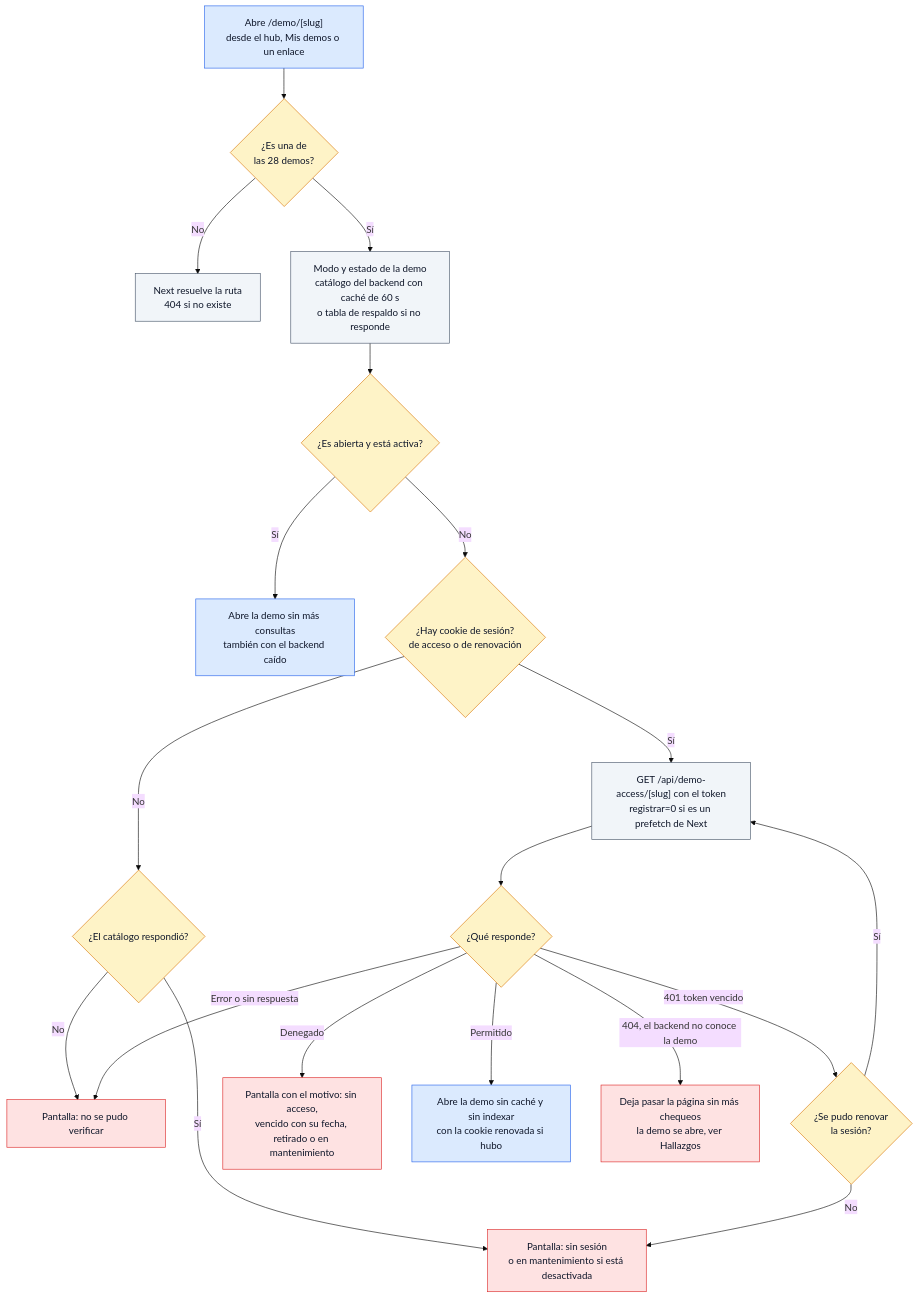
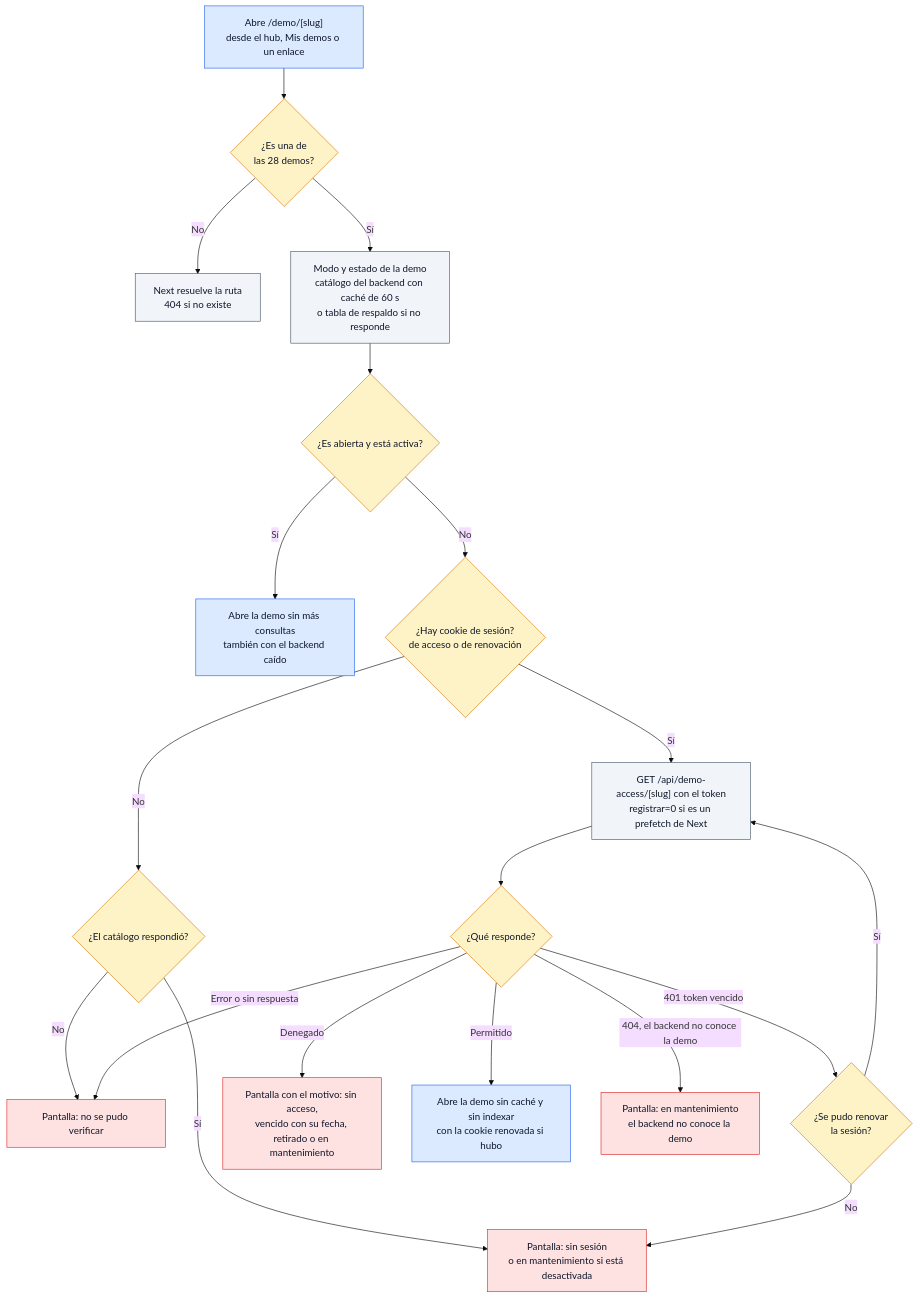
One commit to ronalc90/koptup changed the tenth of 18 diagrams in docs/wiki/Doc-14-1-Flujos-de-Negocio.md. Above: the diagram before and after it, drawn with Mermaid (base theme). The commit also changed other lines of this file and 116 other files, not shown here.

````diff
--- a/docs/wiki/Doc-14-1-Flujos-de-Negocio.md
+++ b/docs/wiki/Doc-14-1-Flujos-de-Negocio.md
@@ -581,44 +581,44 @@
 ```mermaid
 flowchart TD
     classDef visitante fill:#dbeafe,stroke:#2563eb,color:#0f172a
     classDef sistema fill:#f1f5f9,stroke:#475569,color:#0f172a
     classDef admin fill:#f3e8ff,stroke:#9333ea,color:#0f172a
     classDef aviso fill:#dcfce7,stroke:#16a34a,color:#0f172a
     classDef decision fill:#fef3c7,stroke:#d97706,color:#0f172a
     classDef error fill:#fee2e2,stroke:#dc2626,color:#0f172a
     classDef externo fill:#fdf4ff,stroke:#c026d3,color:#0f172a
 
     S["Abre /demo/[slug]<br/>desde el hub, Mis demos o un enlace"]:::visitante
     Q0{"¿Es una de<br/>las 28 demos?"}:::decision
     NX["Next resuelve la ruta<br/>404 si no existe"]:::sistema
     CAT["Modo y estado de la demo<br/>catálogo del backend con caché de 60 s<br/>o tabla de respaldo si no responde"]:::sistema
     Q1{"¿Es abierta y está activa?"}:::decision
     OPEN1["Abre la demo sin más consultas<br/>también con el backend caído"]:::visitante
     Q2{"¿Hay cookie de sesión?<br/>de acceso o de renovación"}:::decision
     Q3{"¿El catálogo respondió?"}:::decision
     SC1["Pantalla: no se pudo verificar"]:::error
     SC2["Pantalla: sin sesión<br/>o en mantenimiento si está desactivada"]:::error
     ASK["GET /api/demo-access/[slug] con el token<br/>registrar=0 si es un prefetch de Next"]:::sistema
     Q4{"¿Qué responde?"}:::decision
     RF{"¿Se pudo renovar<br/>la sesión?"}:::decision
     SC3["Pantalla con el motivo: sin acceso,<br/>vencido con su fecha, retirado o en mantenimiento"]:::error
     OPEN2["Abre la demo sin caché y sin indexar<br/>con la cookie renovada si hubo"]:::visitante
-    NX2["Deja pasar la página sin más chequeos<br/>la demo se abre, ver Hallazgos"]:::error
+    SC4["Pantalla: en mantenimiento<br/>el backend no conoce la demo"]:::error
 
     S --> Q0
     Q0 -->|No| NX
     Q0 -->|Sí| CAT --> Q1
     Q1 -->|Sí| OPEN1
     Q1 -->|No| Q2
     Q2 -->|No| Q3
     Q3 -->|No| SC1
     Q3 -->|Sí| SC2
     Q2 -->|Sí| ASK --> Q4
     Q4 -->|Permitido| OPEN2
     Q4 -->|Denegado| SC3
     Q4 -->|401 token vencido| RF
     RF -->|Sí| ASK
     RF -->|No| SC2
     Q4 -->|Error o sin respuesta| SC1
-    Q4 -->|404, el backend no conoce la demo| NX2
+    Q4 -->|404, el backend no conoce la demo| SC4
 ```
````
